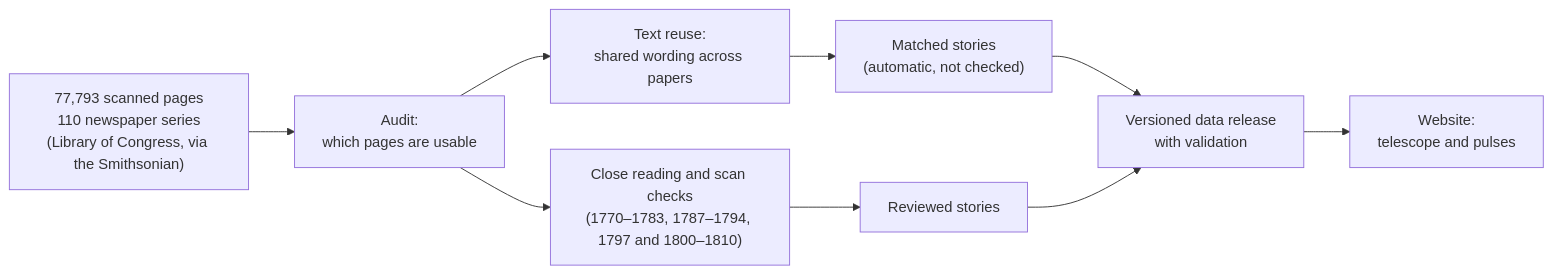
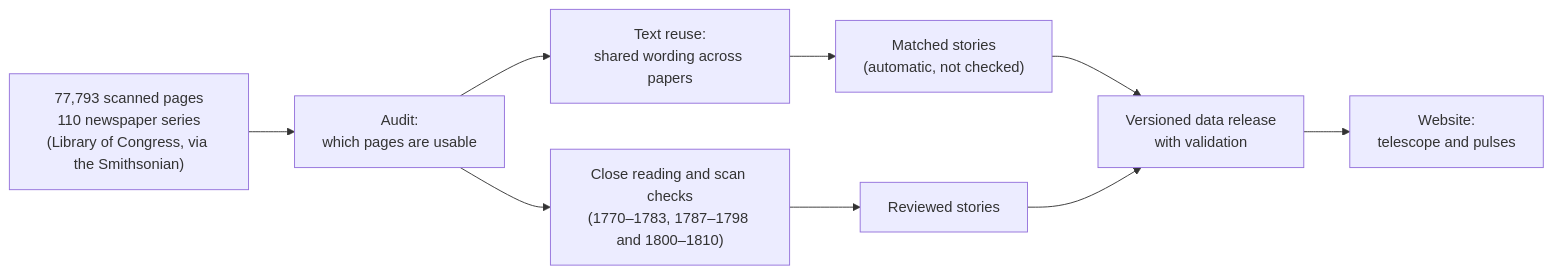
The diagram in README.md (Major-Studio-1/Project-02-newspaper-night-sky), drawn with Mermaid before and after one commit. The commit also changed other lines of this file and 416 other files, not shown here.

````diff
--- a/README.md
+++ b/README.md
@@ -39,10 +39,10 @@
 ```mermaid
 flowchart LR
   A["77,793 scanned pages<br/>110 newspaper series<br/>(Library of Congress, via the Smithsonian)"] --> B["Audit:<br/>which pages are usable"]
   B --> C["Text reuse:<br/>shared wording across papers"]
   C --> D["Matched stories<br/>(automatic, not checked)"]
-  B --> E["Close reading and scan checks<br/>(1770–1783, 1787–1794, 1797 and 1800–1810)"]
+  B --> E["Close reading and scan checks<br/>(1770–1783, 1787–1798 and 1800–1810)"]
   E --> F["Reviewed stories"]
   D & F --> G["Versioned data release<br/>with validation"]
   G --> H["Website:<br/>telescope and pulses"]
 ```
````
